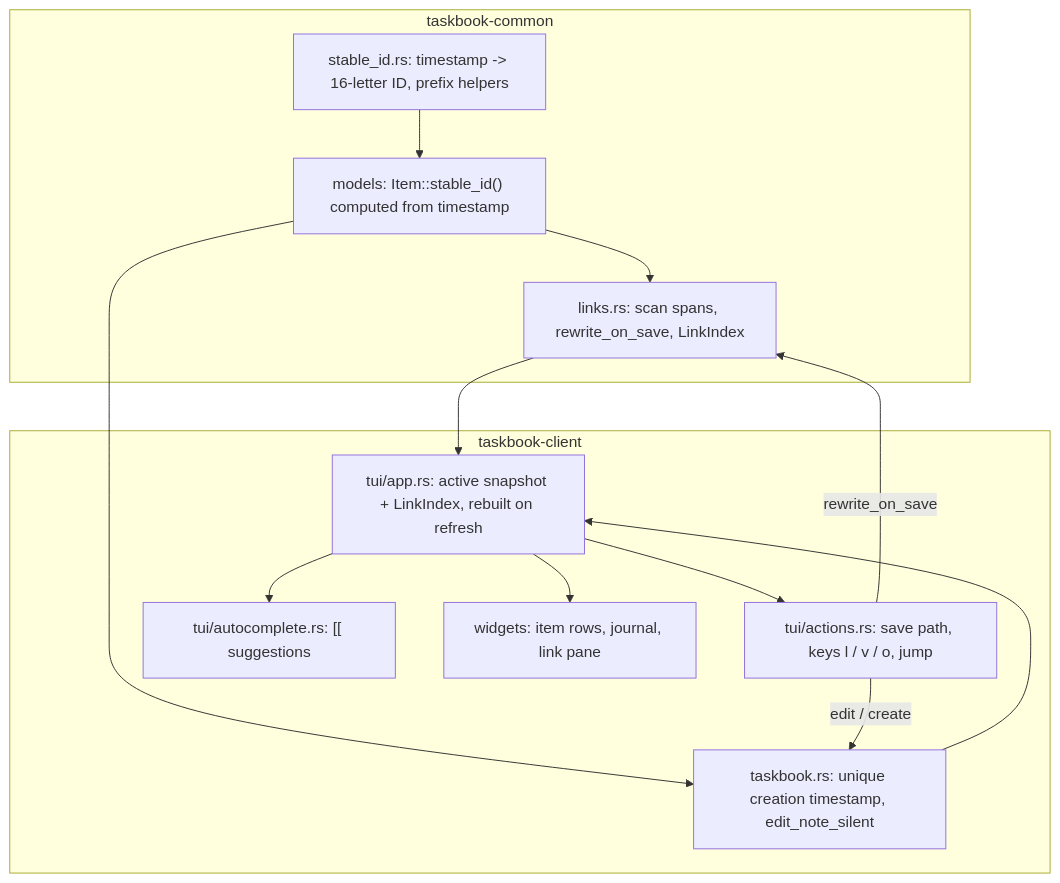
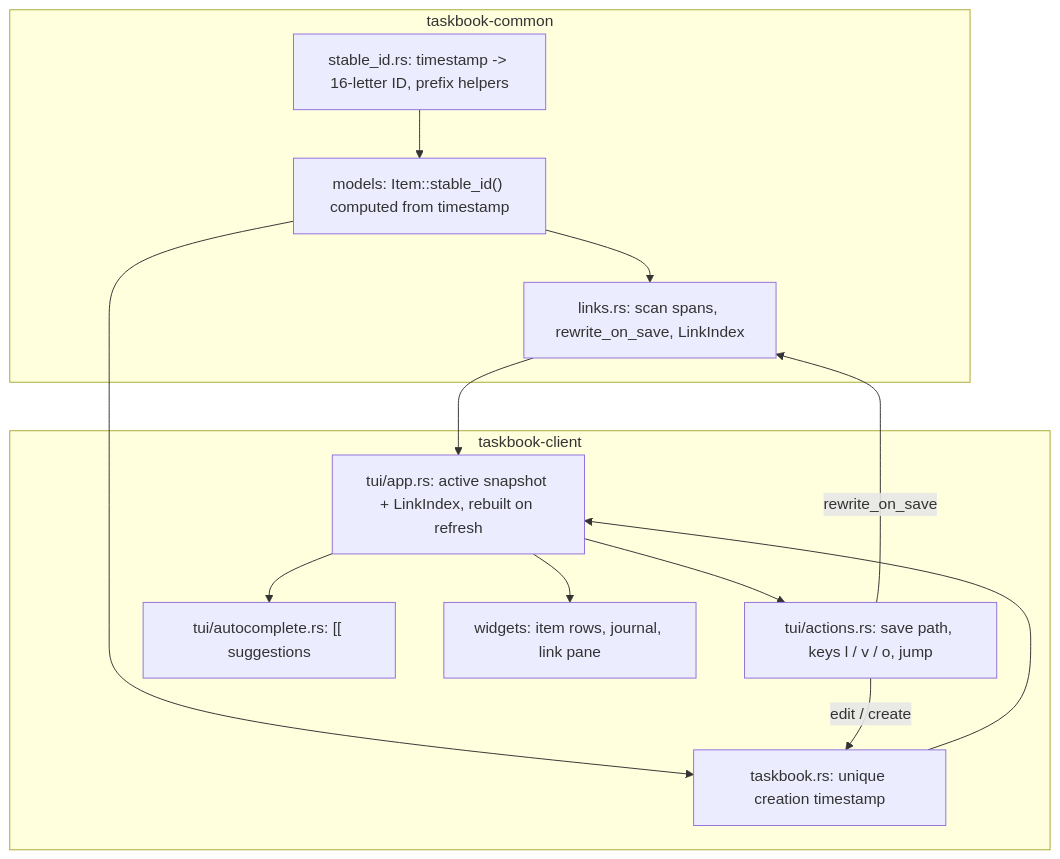
One commit to alycda/taskbook changed the third of 4 diagrams in docs/plans/2026-10-21-2154-feat-backlinks-plan.md. Above: the diagram before and after it, drawn with Mermaid. The commit also changed other lines of this file, not shown here.

````diff
--- a/docs/plans/2026-10-21-2154-feat-backlinks-plan.md
+++ b/docs/plans/2026-10-21-2154-feat-backlinks-plan.md
@@ -222,25 +222,25 @@
 ```mermaid
 flowchart TB
   subgraph common["taskbook-common"]
     SID["stable_id.rs: timestamp -> 16-letter ID, prefix helpers"]
     LNK["links.rs: scan spans, rewrite_on_save, LinkIndex"]
     MOD["models: Item::stable_id() computed from timestamp"]
   end
   subgraph client["taskbook-client"]
-    TB["taskbook.rs: unique creation timestamp, edit_note_silent"]
+    TB["taskbook.rs: unique creation timestamp"]
     APP["tui/app.rs: active snapshot + LinkIndex, rebuilt on refresh"]
     ACT["tui/actions.rs: save path, keys l / v / o, jump"]
     AC["tui/autocomplete.rs: [[ suggestions"]
     W["widgets: item rows, journal, link pane"]
   end
   SID --> MOD
   MOD --> LNK
   MOD --> TB
   TB --> APP
   LNK --> APP
   APP --> ACT
   APP --> AC
   APP --> W
   ACT -- "rewrite_on_save" --> LNK
   ACT -- "edit / create" --> TB
 ```
````
